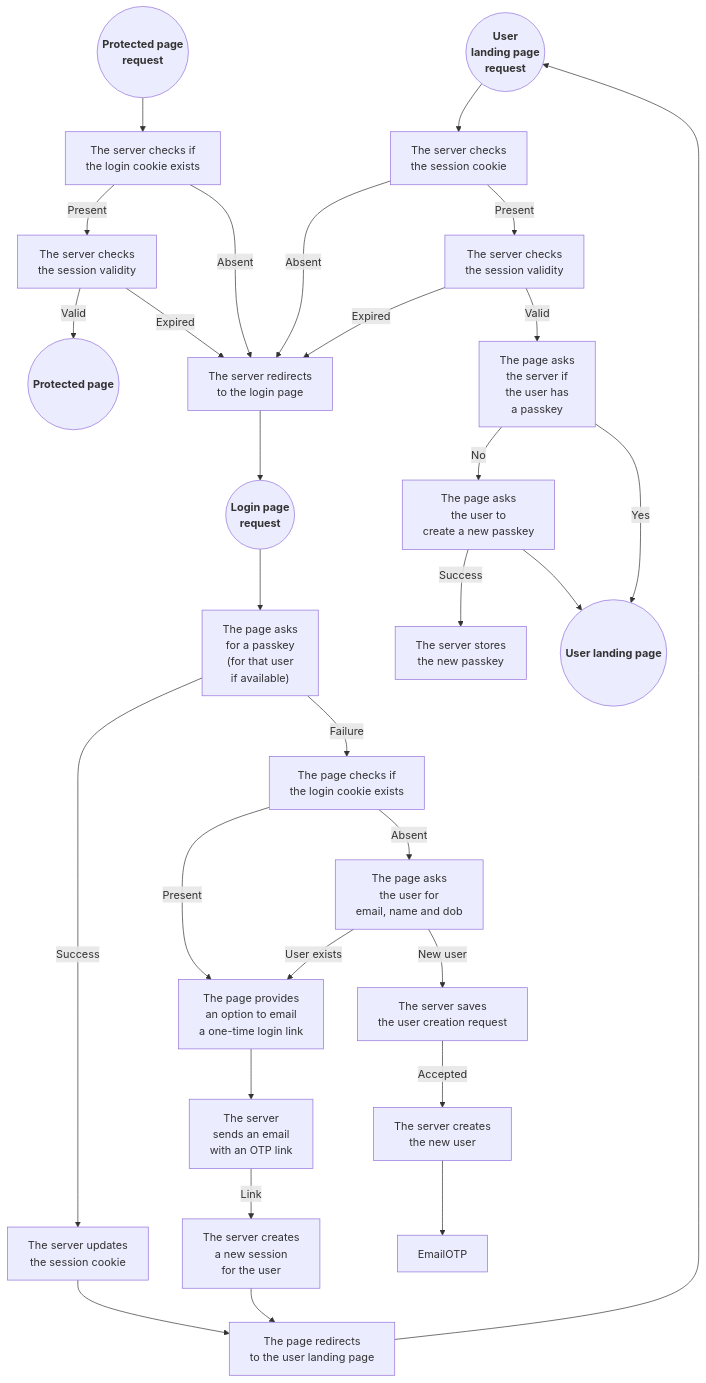
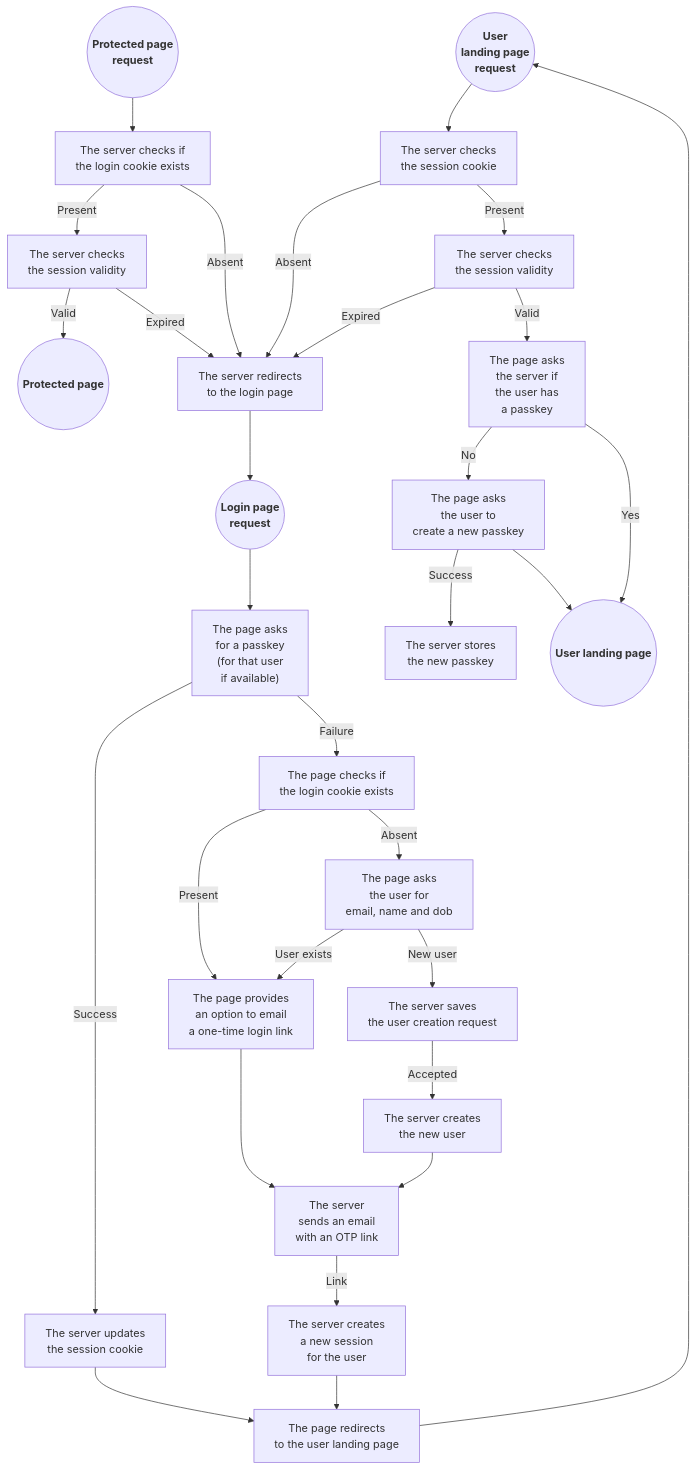
Before and after one commit to programingjd/tiered_server: the diagram in README.md, drawn with Mermaid. The commit also changed other lines of this file, not shown here.

````diff
--- a/README.md
+++ b/README.md
@@ -148,39 +148,39 @@
 ```mermaid
 graph TD;
   UserLandingPageRequest(("<b>User<br>landing page<br>request</b>"))
   ProtectedPageRequest(("<b>Protected page<br>request</b>"))
   LoginPageRequest(("<b>Login page<br>request</b>"))
   
   ProtectedPageRequest-->QueryCookie1["The server checks if<br>the login cookie exists"]
   QueryCookie1-->|Present|CheckSessionValidity1["The server checks<br>the session validity"]
   QueryCookie1-->|Absent|LoginPageRedirect["The server redirects<br>to the login page"]
   CheckSessionValidity1-->|Valid|ProtectedPageResponse(("<b>Protected page<b>"))
   CheckSessionValidity1-->|Expired|LoginPageRedirect
 
   UserLandingPageRequest-->QueryCookie2["The server checks<br>the session cookie"]
   QueryCookie2-->|Absent|LoginPageRedirect
   QueryCookie2-->|Present|CheckSessionValidity2["The server checks<br>the session validity"]
   CheckSessionValidity2-->|Expired|LoginPageRedirect
   CheckSessionValidity2-->|Valid|QueryExistingPasskey2["The page asks<br>the server if<br>the user has<br>a passkey"]
   QueryExistingPasskey2-->|No|NewPasskeyPrompt["The page asks<br>the user to<br>create a new passkey"]
   QueryExistingPasskey2-->|Yes|UserLandingPageResponse(("<b>User landing page<b>"))
   NewPasskeyPrompt-->|Success|NewPasskeyStore["The server stores<br>the new passkey"]
   NewPasskeyPrompt-->UserLandingPageResponse
 
   LoginPageRequest-->QueryPasskey["The page asks<br>for a passkey<br>(for that user<br>if available)"]
   QueryPasskey-->|Success|SessionCookieUpdate["The server updates<br>the session cookie"]
   SessionCookieUpdate-->UserLandingPageRedirect["The page redirects<br>to the user landing page"]
   QueryPasskey-->|Failure|QueryCookie3["The page checks if<br>the login cookie exists"]
   QueryCookie3-->|Present|OtpPrompt["The page provides<br>an option to email<br>a one-time login link"]
   QueryCookie3-->|Absent|UserForm["The page asks<br>the user for<br>email, name and dob"]
   UserForm-->|User exists|OtpPrompt
   OtpPrompt-->EmailOtp["The server<br>sends an email<br>with an OTP link"]
   EmailOtp-->|Link|NewSession["The server creates<br>a new session<br>for the user"]
   NewSession-->UserLandingPageRedirect
   UserForm-->|New user|UserModeration["The server saves<br>the user creation request"]
   UserModeration-->|Accepted|UserCreation["The server creates<br>the new user"]
-  UserCreation-->EmailOTP
+  UserCreation-->EmailOtp
   
   UserLandingPageRedirect-->UserLandingPageRequest
   LoginPageRedirect-->LoginPageRequest
 ```
````
